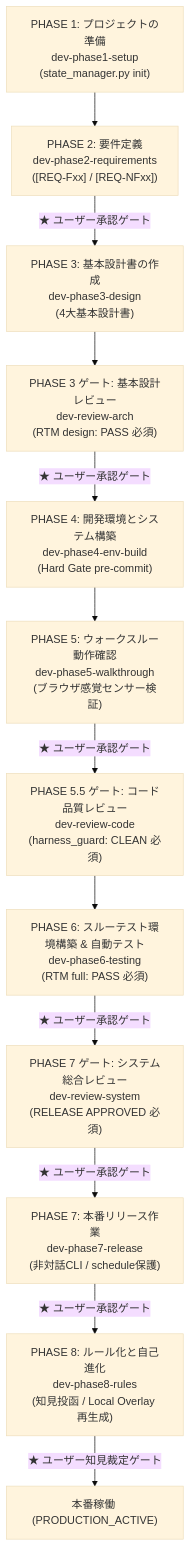
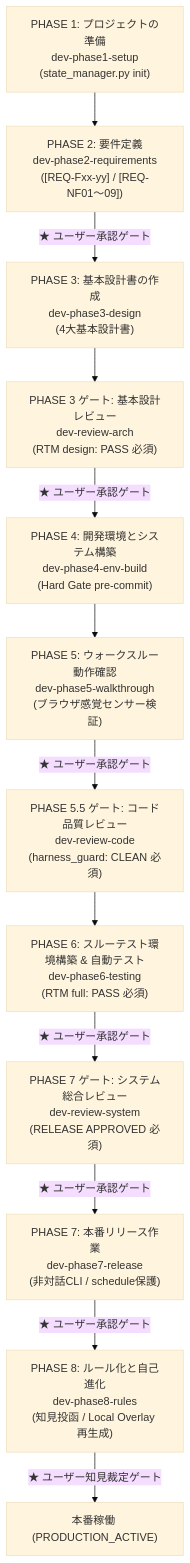
One commit to LeoPanda/template changed the second of 3 diagrams in README.md. Above: the diagram before and after it, drawn with Mermaid (base theme). The commit also changed other lines of this file and 69 other files, not shown here.

````diff
--- a/README.md
+++ b/README.md
@@ -227,15 +249,15 @@
 ```mermaid
 flowchart TD
-    P1["PHASE 1: プロジェクトの準備<br/>dev-phase1-setup<br/>(state_manager.py init)"] --> P2["PHASE 2: 要件定義<br/>dev-phase2-requirements<br/>([REQ-Fxx] / [REQ-NFxx])"]
+    P1["PHASE 1: プロジェクトの準備<br/>dev-phase1-setup<br/>(state_manager.py init)"] --> P2["PHASE 2: 要件定義<br/>dev-phase2-requirements<br/>([REQ-Fxx-yy] / [REQ-NF01〜09])"]
     P2 -->|"★ ユーザー承認ゲート"| P3["PHASE 3: 基本設計書の作成<br/>dev-phase3-design<br/>(4大基本設計書)"]
     P3 --> R3["PHASE 3 ゲート: 基本設計レビュー<br/>dev-review-arch<br/>(RTM design: PASS 必須)"]
     R3 -->|"★ ユーザー承認ゲート"| P4["PHASE 4: 開発環境とシステム構築<br/>dev-phase4-env-build<br/>(Hard Gate pre-commit)"]
     P4 --> P5["PHASE 5: ウォークスルー動作確認<br/>dev-phase5-walkthrough<br/>(ブラウザ感覚センサー検証)"]
     P5 -->|"★ ユーザー承認ゲート"| R5["PHASE 5.5 ゲート: コード品質レビュー<br/>dev-review-code<br/>(harness_guard: CLEAN 必須)"]
     R5 --> P6["PHASE 6: スルーテスト環境構築 & 自動テスト<br/>dev-phase6-testing<br/>(RTM full: PASS 必須)"]
     P6 -->|"★ ユーザー承認ゲート"| R7["PHASE 7 ゲート: システム総合レビュー<br/>dev-review-system<br/>(RELEASE APPROVED 必須)"]
     P7["PHASE 7: 本番リリース作業<br/>dev-phase7-release<br/>(非対話CLI / schedule保護)"]
     R7 -->|"★ ユーザー承認ゲート"| P7
     P7 -->|"★ ユーザー承認ゲート"| P8["PHASE 8: ルール化と自己進化<br/>dev-phase8-rules<br/>(知見投函 / Local Overlay 再生成)"]
     P8 -->|"★ ユーザー知見裁定ゲート"| ACTIVE["本番稼働 (PRODUCTION_ACTIVE)"]
 ```
````
